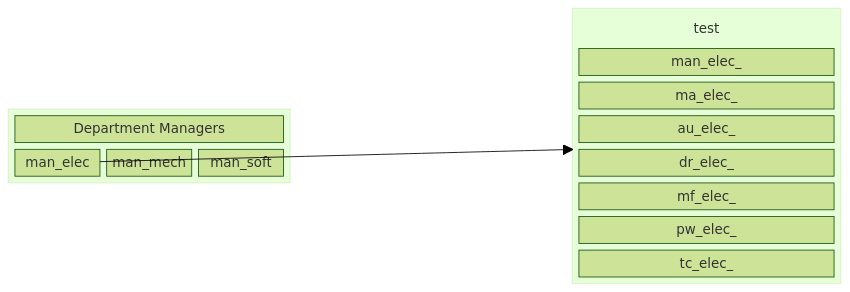
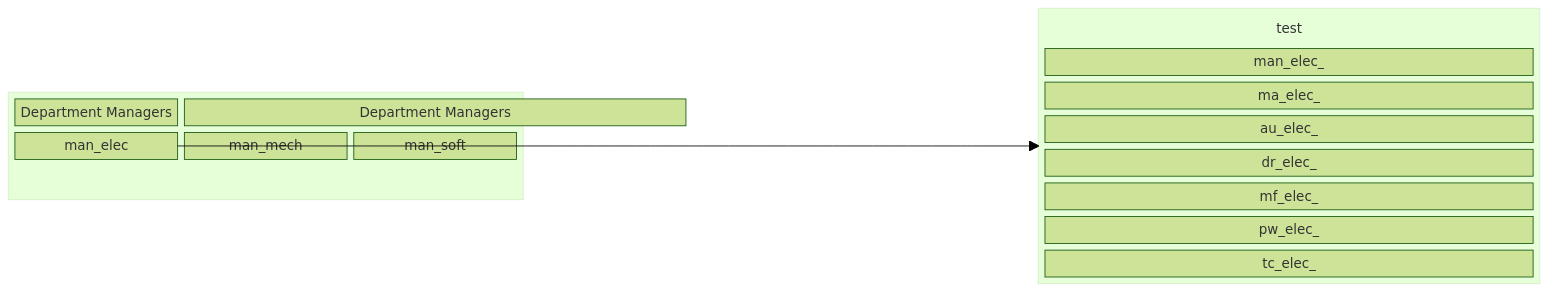
One commit to FooGiGo-Org/.github changed the diagram in README.md. Above: the diagram before and after it, drawn with Mermaid (forest theme).

Commit message:
Fix syntax error in README.md

````diff
--- a/README.md
+++ b/README.md
@@ -1,27 +1,28 @@
 ```mermaid
 ---
 title: SCRB Matrix Organization
 ---
 block
     columns 3
     block:test
         columns 3
+        utc("Department Managers"]
         man["Department Managers"]:3
         man_elec man_mech man_soft
     end
     space
     block:meme
         columns 1
         uct("test")
         man_elec_
         ma_elec_
         au_elec_
         dr_elec_
         mf_elec_
         pw_elec_
         tc_elec_
     end
     man_elec --> meme
 class uct BT
 classDef BT stroke:transparent,fill:transparent
 ```
````
